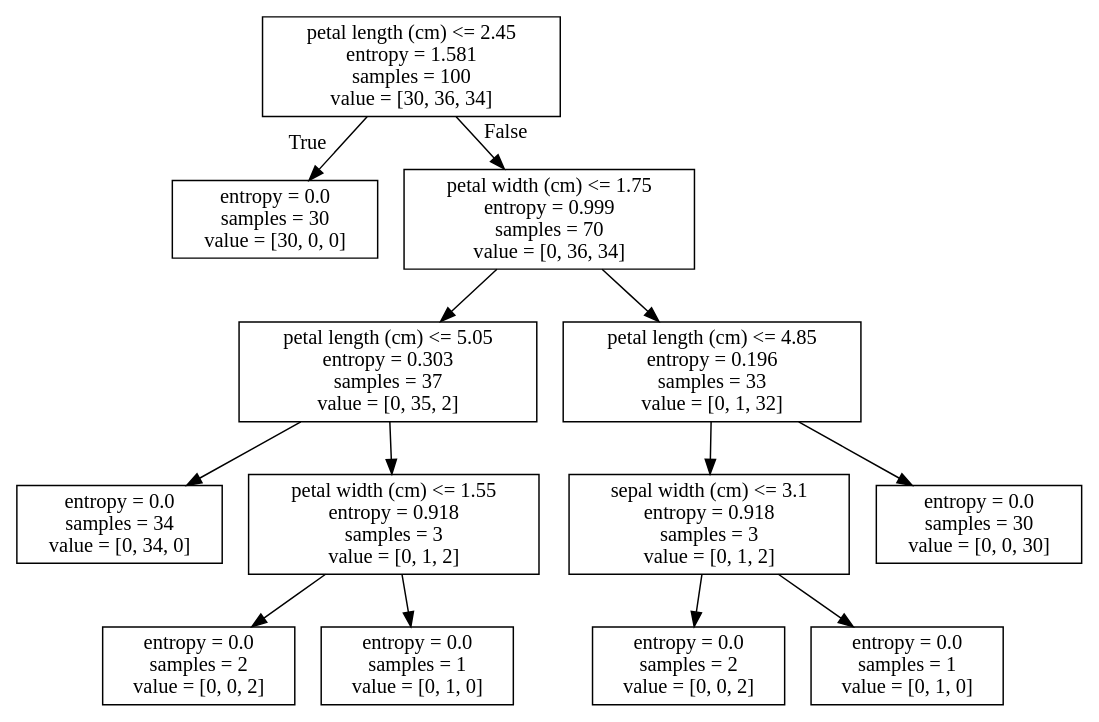
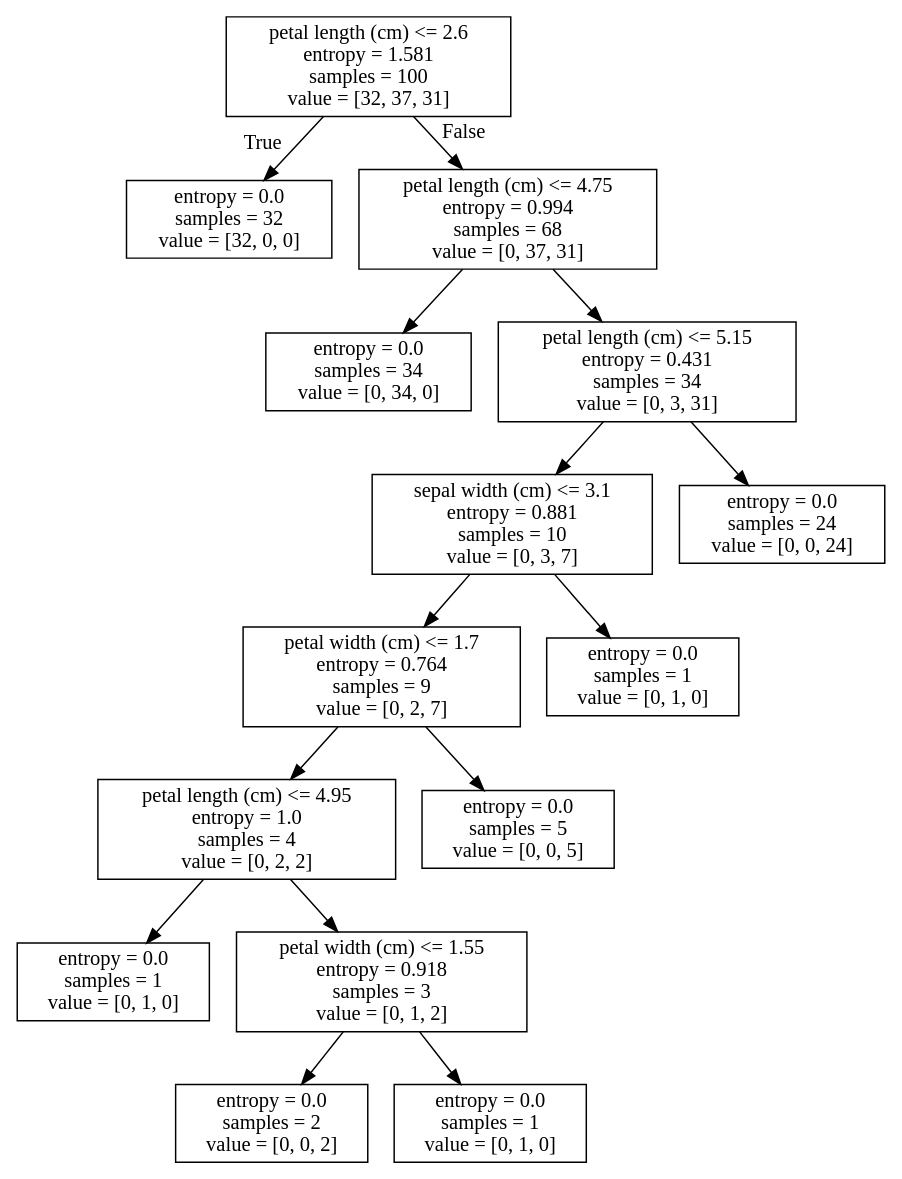
One commit to aviniciuss/machine-learning changed the diagram in tree.dot. Above: the diagram before and after it, drawn with Graphviz. The commit also changed 14 other files, not shown here.

```diff
--- a/tree.dot
+++ b/tree.dot
@@ -1,28 +1,32 @@
 digraph Tree {
 node [shape=box] ;
-0 [label="petal length (cm) <= 2.45\nentropy = 1.581\nsamples = 100\nvalue = [30, 36, 34]"] ;
-1 [label="entropy = 0.0\nsamples = 30\nvalue = [30, 0, 0]"] ;
+0 [label="petal length (cm) <= 2.6\nentropy = 1.581\nsamples = 100\nvalue = [32, 37, 31]"] ;
+1 [label="entropy = 0.0\nsamples = 32\nvalue = [32, 0, 0]"] ;
 0 -> 1 [labeldistance=2.5, labelangle=45, headlabel="True"] ;
-2 [label="petal width (cm) <= 1.75\nentropy = 0.999\nsamples = 70\nvalue = [0, 36, 34]"] ;
+2 [label="petal length (cm) <= 4.75\nentropy = 0.994\nsamples = 68\nvalue = [0, 37, 31]"] ;
 0 -> 2 [labeldistance=2.5, labelangle=-45, headlabel="False"] ;
-3 [label="petal length (cm) <= 5.05\nentropy = 0.303\nsamples = 37\nvalue = [0, 35, 2]"] ;
+3 [label="entropy = 0.0\nsamples = 34\nvalue = [0, 34, 0]"] ;
 2 -> 3 ;
-4 [label="entropy = 0.0\nsamples = 34\nvalue = [0, 34, 0]"] ;
-3 -> 4 ;
-5 [label="petal width (cm) <= 1.55\nentropy = 0.918\nsamples = 3\nvalue = [0, 1, 2]"] ;
-3 -> 5 ;
-6 [label="entropy = 0.0\nsamples = 2\nvalue = [0, 0, 2]"] ;
+4 [label="petal length (cm) <= 5.15\nentropy = 0.431\nsamples = 34\nvalue = [0, 3, 31]"] ;
+2 -> 4 ;
+5 [label="sepal width (cm) <= 3.1\nentropy = 0.881\nsamples = 10\nvalue = [0, 3, 7]"] ;
+4 -> 5 ;
+6 [label="petal width (cm) <= 1.7\nentropy = 0.764\nsamples = 9\nvalue = [0, 2, 7]"] ;
 5 -> 6 ;
-7 [label="entropy = 0.0\nsamples = 1\nvalue = [0, 1, 0]"] ;
-5 -> 7 ;
-8 [label="petal length (cm) <= 4.85\nentropy = 0.196\nsamples = 33\nvalue = [0, 1, 32]"] ;
-2 -> 8 ;
-9 [label="sepal width (cm) <= 3.1\nentropy = 0.918\nsamples = 3\nvalue = [0, 1, 2]"] ;
-8 -> 9 ;
+7 [label="petal length (cm) <= 4.95\nentropy = 1.0\nsamples = 4\nvalue = [0, 2, 2]"] ;
+6 -> 7 ;
+8 [label="entropy = 0.0\nsamples = 1\nvalue = [0, 1, 0]"] ;
+7 -> 8 ;
+9 [label="petal width (cm) <= 1.55\nentropy = 0.918\nsamples = 3\nvalue = [0, 1, 2]"] ;
+7 -> 9 ;
 10 [label="entropy = 0.0\nsamples = 2\nvalue = [0, 0, 2]"] ;
 9 -> 10 ;
 11 [label="entropy = 0.0\nsamples = 1\nvalue = [0, 1, 0]"] ;
 9 -> 11 ;
-12 [label="entropy = 0.0\nsamples = 30\nvalue = [0, 0, 30]"] ;
-8 -> 12 ;
+12 [label="entropy = 0.0\nsamples = 5\nvalue = [0, 0, 5]"] ;
+6 -> 12 ;
+13 [label="entropy = 0.0\nsamples = 1\nvalue = [0, 1, 0]"] ;
+5 -> 13 ;
+14 [label="entropy = 0.0\nsamples = 24\nvalue = [0, 0, 24]"] ;
+4 -> 14 ;
 }
```
